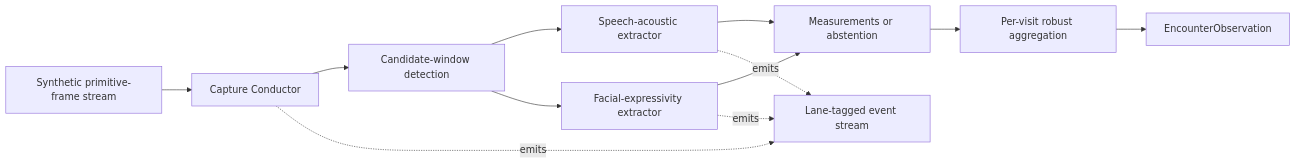
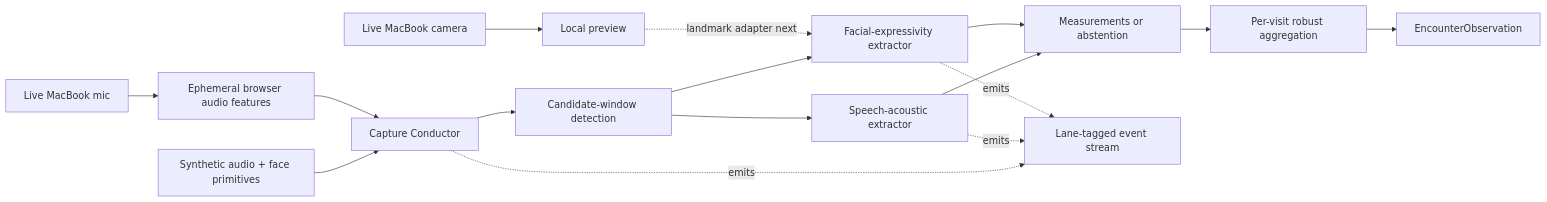
The diagram in README.md (logannye/neurotrax), drawn with Mermaid before and after one commit. The commit also changed other lines of this file and 12 other files, not shown here.

Commit message:
feat: add live MacBook capture adapter

````diff
--- a/README.md
+++ b/README.md
@@ -112,15 +118,20 @@
 ```mermaid
 flowchart LR
-    FIXTURE["Synthetic primitive-frame stream"] --> CONDUCTOR["Capture Conductor"]
+    LIVE["Live MacBook mic"] --> AUDIO["Ephemeral browser audio features"]
+    CAMERA["Live MacBook camera"] --> PREVIEW["Local preview"]
+    FIXTURE["Synthetic audio + face primitives"] --> CONDUCTOR["Capture Conductor"]
+    AUDIO --> CONDUCTOR
     CONDUCTOR --> WINDOWS["Candidate-window detection"]
     WINDOWS --> SPEECH["Speech-acoustic extractor"]
     WINDOWS --> FACE["Facial-expressivity extractor"]
     SPEECH --> RESULTS["Measurements or abstention"]
     FACE --> RESULTS
     RESULTS --> AGGREGATE["Per-visit robust aggregation"]
     AGGREGATE --> OBSERVATION["EncounterObservation"]
 
     CONDUCTOR -. emits .-> EVENTS["Lane-tagged event stream"]
     SPEECH -. emits .-> EVENTS
     FACE -. emits .-> EVENTS
+
+    PREVIEW -. "landmark adapter next" .-> FACE
 ```
````
